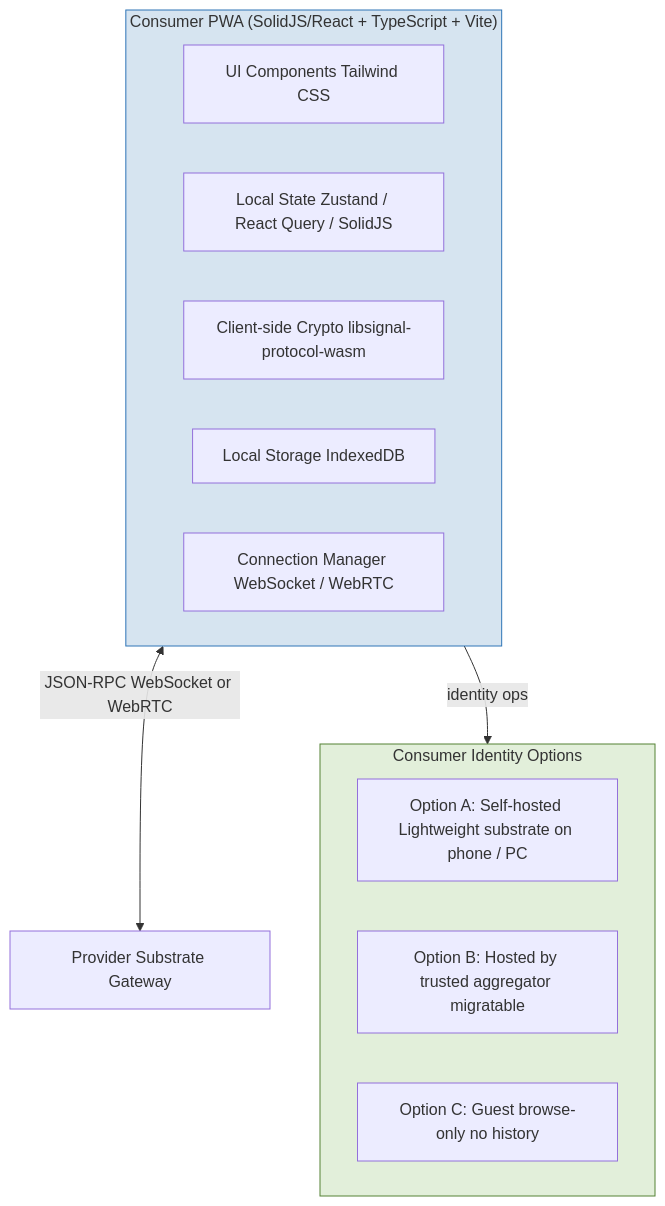
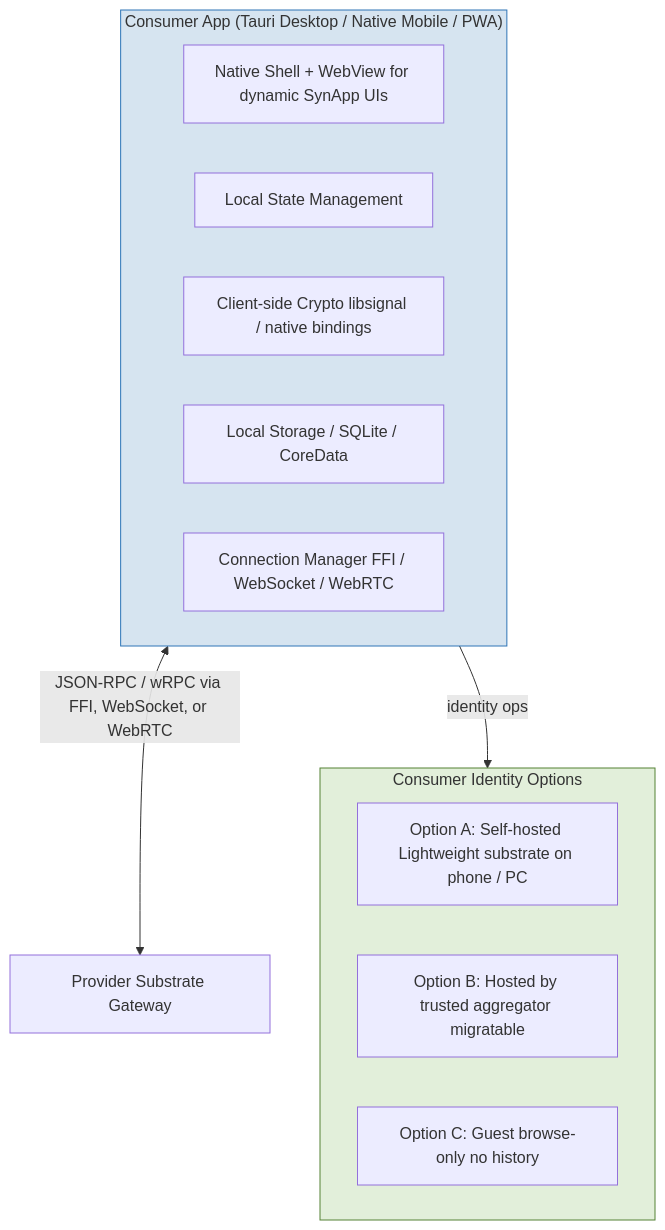
Before and after one commit to syneroym/syneroym: diagram 19 of 22 in docs/architecture.md, drawn with Mermaid. The commit also changed other lines of this file and 6 other files, not shown here.

````diff
--- a/docs/architecture.md
+++ b/docs/architecture.md
@@ -840,22 +839,22 @@
 ```mermaid
 flowchart TD
-    subgraph PWA["Consumer PWA (SolidJS/React + TypeScript + Vite)"]
-        UI[UI Components Tailwind CSS]
-        STATE[Local State Zustand / React Query / SolidJS]
-        CRYPTO_CLIENT[Client-side Crypto libsignal-protocol-wasm]
-        STORAGE_CLIENT[Local Storage IndexedDB]
-        CONN[Connection Manager WebSocket / WebRTC]
+    subgraph CLIENT["Consumer App (Tauri Desktop / Native Mobile / PWA)"]
+        UI[Native Shell + WebView for dynamic SynApp UIs]
+        STATE[Local State Management]
+        CRYPTO_CLIENT[Client-side Crypto libsignal / native bindings]
+        STORAGE_CLIENT[Local Storage / SQLite / CoreData]
+        CONN[Connection Manager FFI / WebSocket / WebRTC]
     end
 
     subgraph IDENTITY_OPT["Consumer Identity Options"]
         OPT_A[Option A: Self-hosted Lightweight substrate on phone / PC]
         OPT_B[Option B: Hosted by trusted aggregator migratable]
         OPT_C[Option C: Guest browse-only no history]
     end
 
-    PWA <-->|"JSON-RPC WebSocket or WebRTC"| PROVIDER_GW[Provider Substrate Gateway]
-    PWA -->|"identity ops"| IDENTITY_OPT
+    CLIENT <-->|"JSON-RPC / wRPC via FFI, WebSocket, or WebRTC"| PROVIDER_GW[Provider Substrate Gateway]
+    CLIENT -->|"identity ops"| IDENTITY_OPT
 
-    style PWA fill:#D6E4F0,stroke:#2E75B6
+    style CLIENT fill:#D6E4F0,stroke:#2E75B6
     style IDENTITY_OPT fill:#E2EFDA,stroke:#548235
 ```
````
